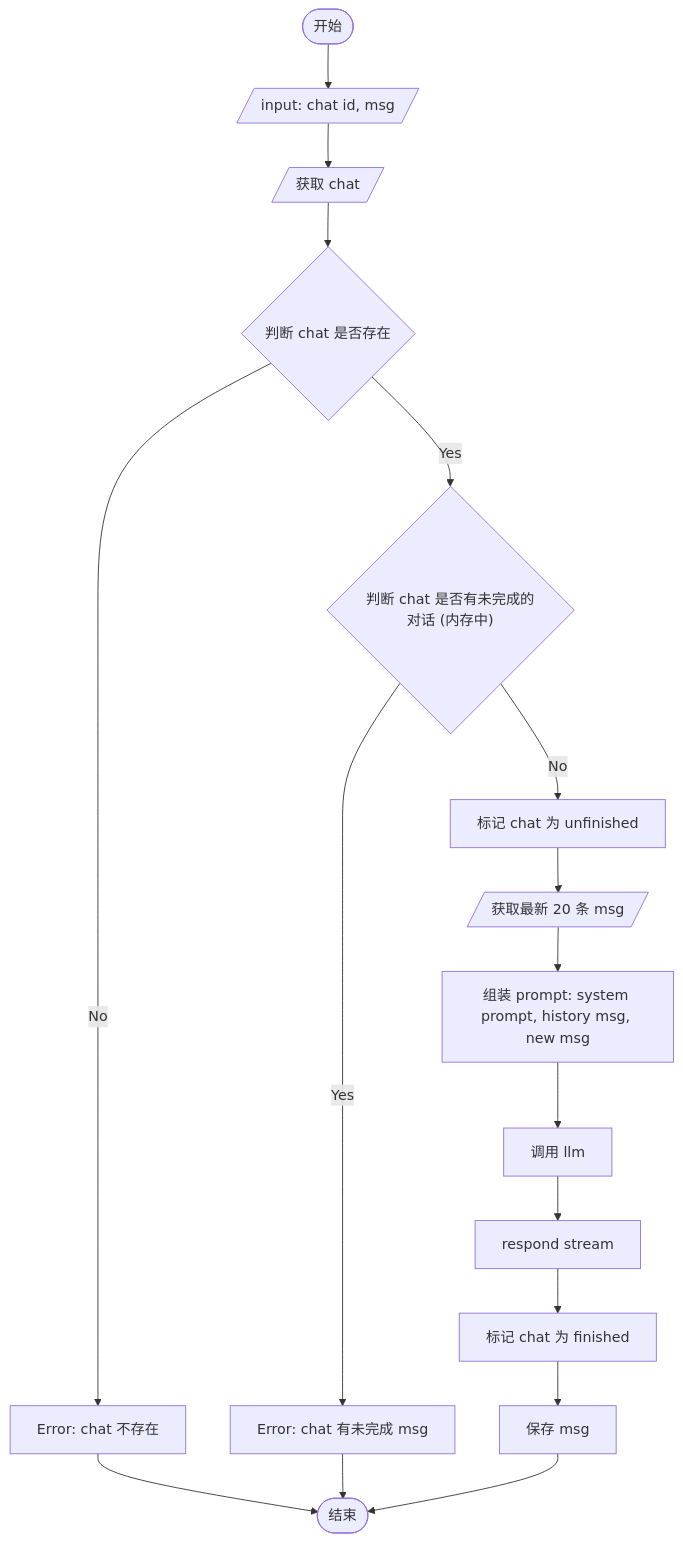
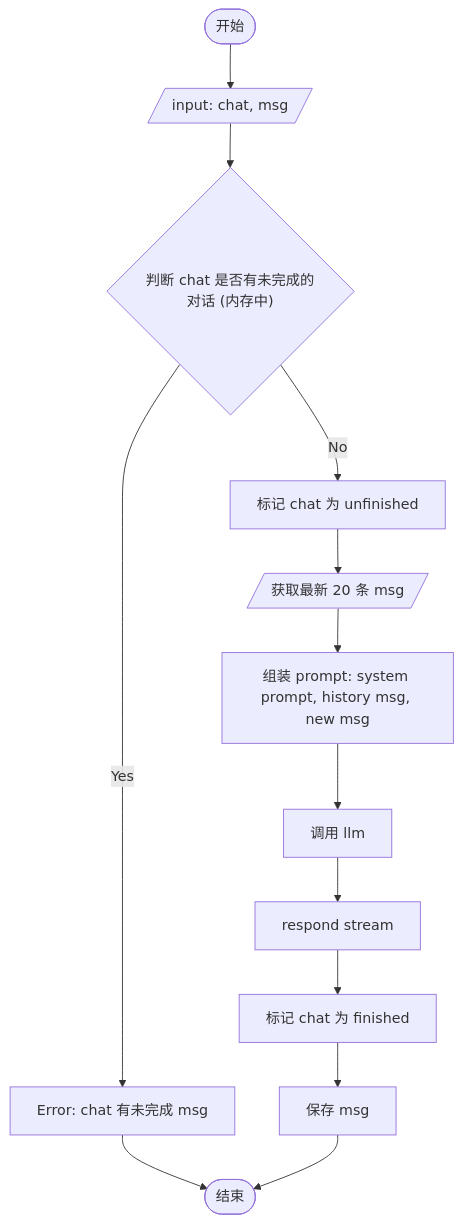
One commit to ppzreboot/MrEnglish changed the diagram in biz/server-app/service/llm-trans/readme.md. Above: the diagram before and after it, drawn with Mermaid. The commit also changed 1 other file, not shown here.

Commit message:
style(server): ...

````diff
--- a/biz/server-app/service/llm-trans/readme.md
+++ b/biz/server-app/service/llm-trans/readme.md
@@ -2,25 +2,20 @@
 ``` mermaid
 flowchart TD
 	START(["开始"])
 	END(["结束"])
-	START --> new_msg_received[/"input: chat id, msg"/]
-	new_msg_received --> GD__chat[/"获取 chat"/]
+	START --> new_msg_received[/"input: chat, msg"/]
 
-	GD__chat --> DE__chat{"判断 chat 是否存在"}
-	DE__chat -->|No| Error_1["Error: chat 不存在"]
-	Error_1 --> END
-
-	DE__chat -->|Yes| DE__unfinished_msg{"判断 chat 是否有未完成的对话 (内存中)"}
+	new_msg_received --> DE__unfinished_msg{"判断 chat 是否有未完成的对话 (内存中)"}
 	DE__unfinished_msg -->|Yes| Error_2["Error: chat 有未完成 msg"]
 	Error_2 --> END
 	
 	DE__unfinished_msg -->|No| new_unfinished["标记 chat 为 unfinished"]
 	new_unfinished --> GD__msg_list[/"获取最新 20 条 msg"/]
 
 	GD__msg_list --> make_prompt["组装 prompt: system prompt, history msg, new msg"]
 	make_prompt --> call_llm["调用 llm"]
 	call_llm --> respond["respond stream"]
 	respond --> drop_unfinished["标记 chat 为 finished"]
 	drop_unfinished --> save_msg["保存 msg"]
 	save_msg --> END
 ```
````
